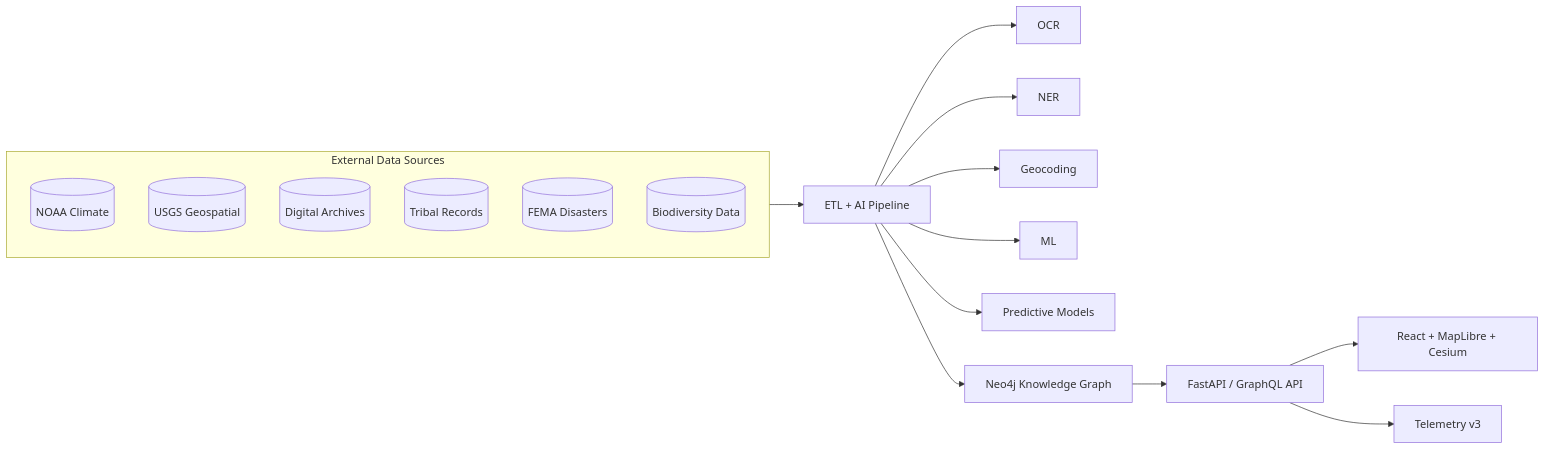
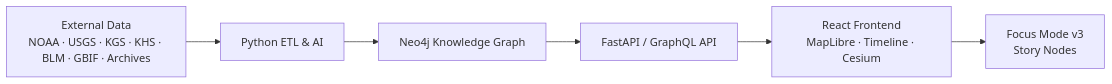
The diagram in README.md (bartytime4life/Kansas-Frontier-Matrix), drawn with Mermaid before and after one commit. The commit also changed other lines of this file, not shown here.

````diff
--- a/README.md
+++ b/README.md
@@ -96,24 +88,8 @@
 ```mermaid
 flowchart LR
-    subgraph ExternalData[External Data Sources]
-        NOAA[(NOAA Climate)]
-        USGS[(USGS Geospatial)]
-        DPLA[(Digital Archives)]
-        Tribal[(Tribal Records)]
-        FEMA[(FEMA Disasters)]
-        GBIF[(Biodiversity Data)]
-    end
-
-    ExternalData --> ETL[ETL + AI Pipeline]
-    ETL --> OCR[OCR]
-    ETL --> NER[NER]
-    ETL --> Geocoding[Geocoding]
-    ETL --> ML[ML]
-    ETL --> PredictiveModels[Predictive Models]
-
-    ETL --> Graph[Neo4j Knowledge Graph]
-    Graph --> API[FastAPI / GraphQL API]
-    API --> Frontend[React + MapLibre + Cesium]
-
-    API --> Telemetry[Telemetry v3]
+  A[External Data<br/>NOAA · USGS · KGS · KHS · BLM · GBIF · Archives] --> B[Python ETL & AI]
+  B --> C[Neo4j Knowledge Graph]
+  C --> D[FastAPI / GraphQL API]
+  D --> E[React Frontend<br/>MapLibre · Timeline · Cesium]
+  E --> F[Focus Mode v3<br/>Story Nodes]
 ```
````
